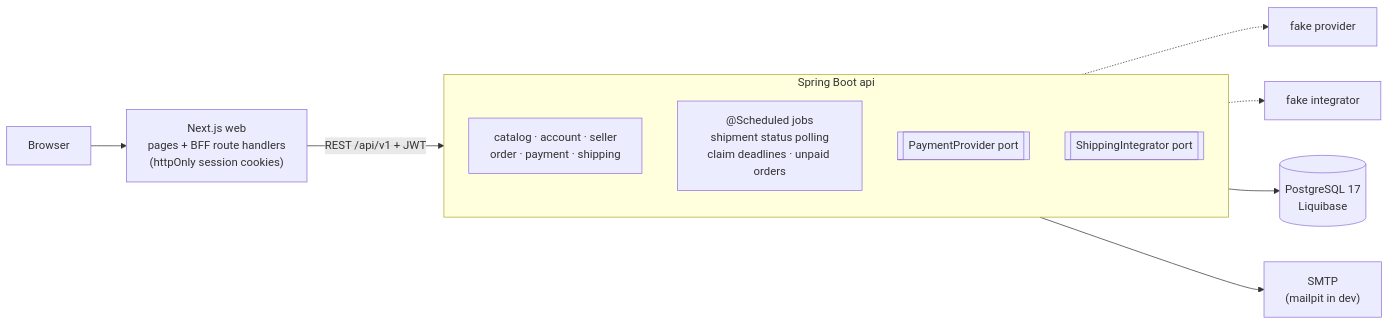
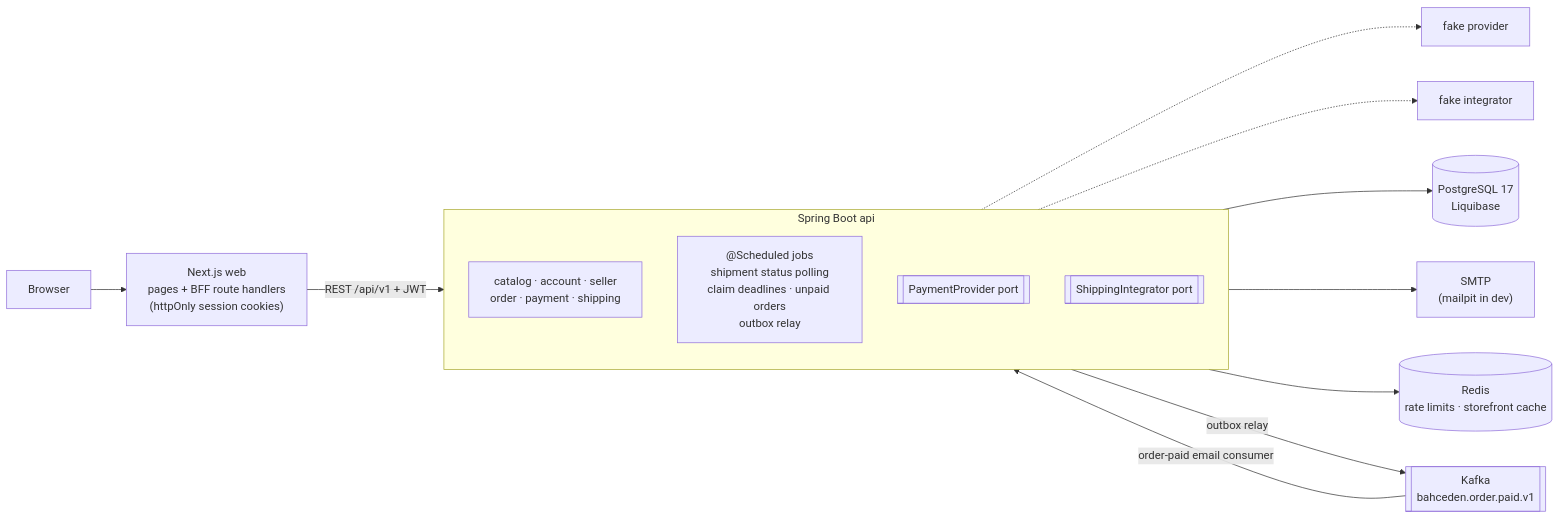
The diagram in README.md (sertacozmen1/bahceden), drawn with Mermaid before and after one commit. The commit also changed other lines of this file and 16 other files, not shown here.

First line of the commit message:
docs: verify Redis and Kafka end to end and sync specs

````diff
--- a/README.md
+++ b/README.md
@@ -32,16 +32,19 @@
 ```mermaid
 flowchart LR
     browser["Browser"] --> web["Next.js web<br/>pages + BFF route handlers<br/>(httpOnly session cookies)"]
     web -- "REST /api/v1 + JWT" --> api
     subgraph api ["Spring Boot api"]
         direction TB
         domains["catalog · account · seller<br/>order · payment · shipping"]
-        jobs["@Scheduled jobs<br/>shipment status polling<br/>claim deadlines · unpaid orders"]
+        jobs["@Scheduled jobs<br/>shipment status polling<br/>claim deadlines · unpaid orders<br/>outbox relay"]
         pay[["PaymentProvider port"]]
         ship[["ShippingIntegrator port"]]
     end
     api --> db[("PostgreSQL 17<br/>Liquibase")]
     pay -.-> fakepay["fake provider"]
     ship -.-> fakeship["fake integrator"]
     api --> smtp["SMTP<br/>(mailpit in dev)"]
+    api --> redis[("Redis<br/>rate limits · storefront cache")]
+    api -- "outbox relay" --> kafka[["Kafka<br/>bahceden.order.paid.v1"]]
+    kafka -- "order-paid email consumer" --> api
 ```
````
